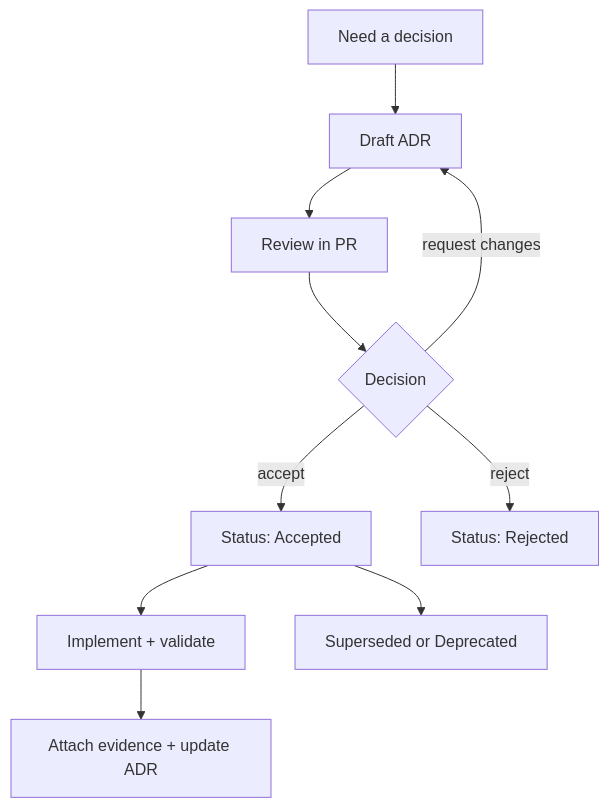
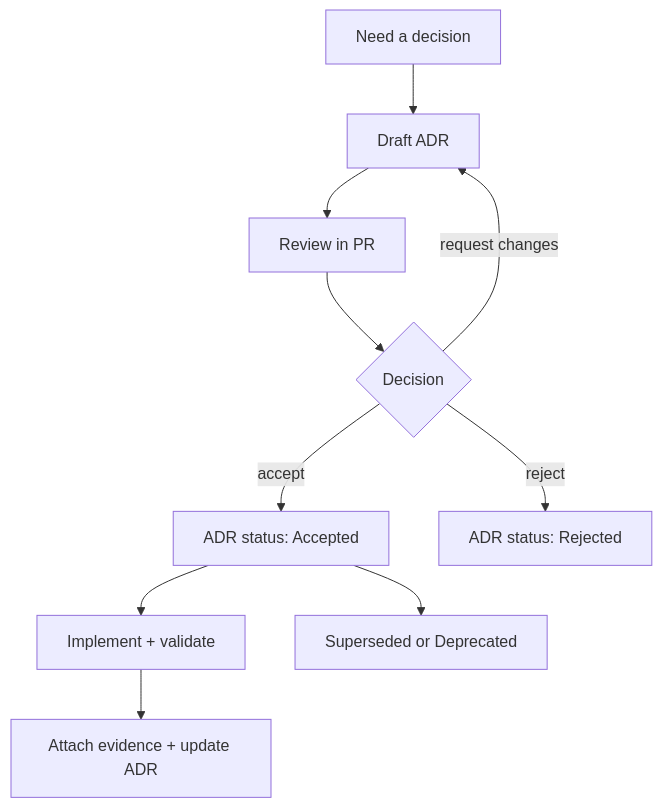
Before and after one commit to bartytime4life/Kansas-Frontier-Matrix: the diagram in docs/adr/README.md, drawn with Mermaid. The commit also changed other lines of this file, not shown here.

First line of the commit message:
Revise README.md for ADR with updates and new sections

````diff
--- a/docs/adr/README.md
+++ b/docs/adr/README.md
@@ -270,12 +168,12 @@
 ```mermaid
 flowchart TD
   A[Need a decision] --> B[Draft ADR]
   B --> C[Review in PR]
   C --> D{Decision}
-  D -->|accept| E[Status: Accepted]
+  D -->|accept| E[ADR status: Accepted]
   D -->|request changes| B
-  D -->|reject| F[Status: Rejected]
+  D -->|reject| F[ADR status: Rejected]
   E --> G[Implement + validate]
   G --> H[Attach evidence + update ADR]
   E --> I[Superseded or Deprecated]
 ```
````
